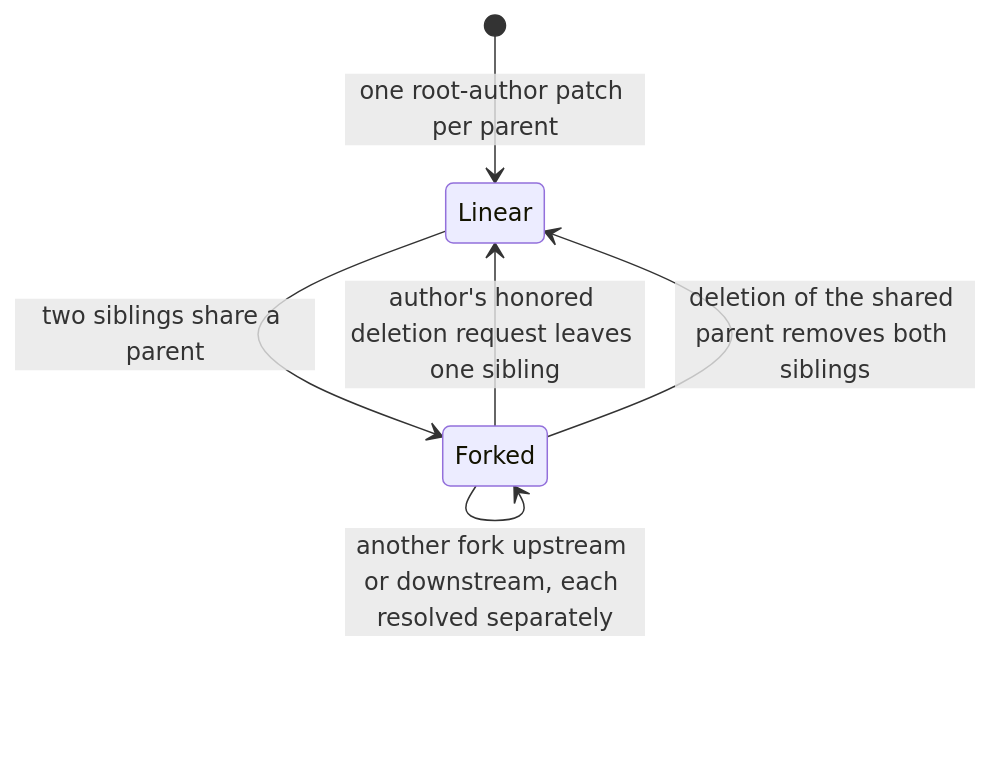
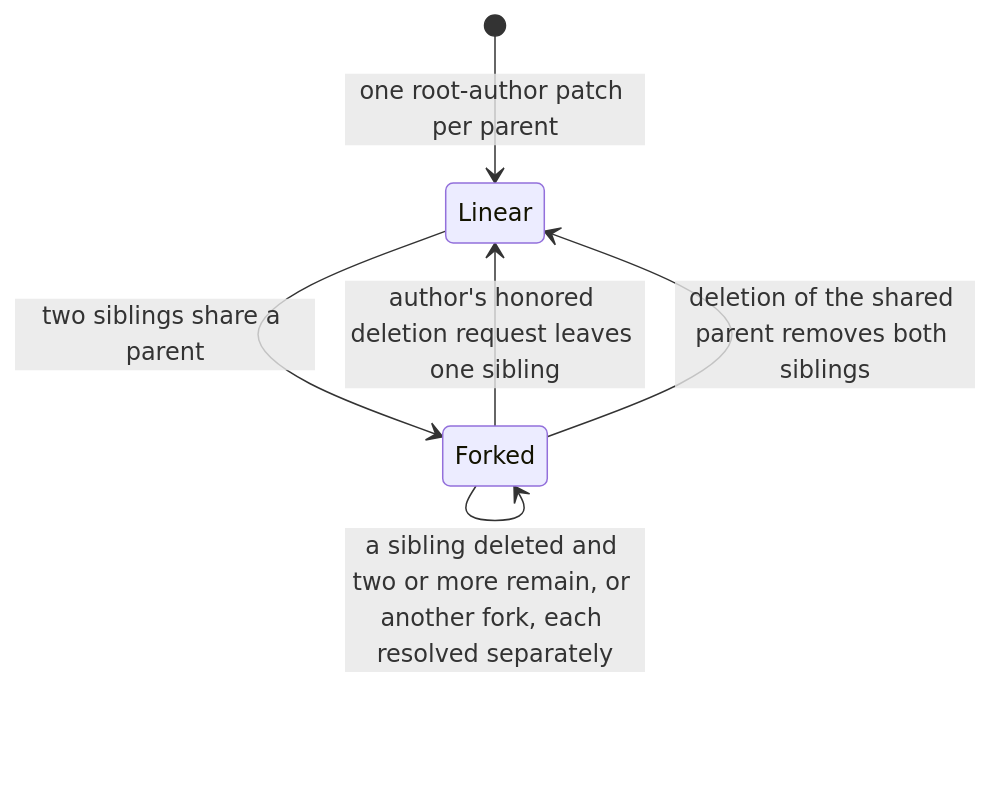
One commit to crocs-muni/scrutiny-fabric changed the sixth of 9 diagrams in docs/protocol-spec.md. Above: the diagram before and after it, drawn with Mermaid. The commit also changed other lines of this file and 14 other files, not shown here.

````diff
--- a/docs/protocol-spec.md
+++ b/docs/protocol-spec.md
@@ -633,8 +652,8 @@
 ```mermaid
 stateDiagram-v2
     [*] --> Linear : one root-author patch per parent
     Linear --> Forked : two siblings share a parent
-    Forked --> Forked : another fork upstream or downstream, each resolved separately
+    Forked --> Forked : a sibling deleted and two or more remain, or another fork, each resolved separately
     Forked --> Linear : author's honored deletion request leaves one sibling
     Forked --> Linear : deletion of the shared parent removes both siblings
 ```
````
